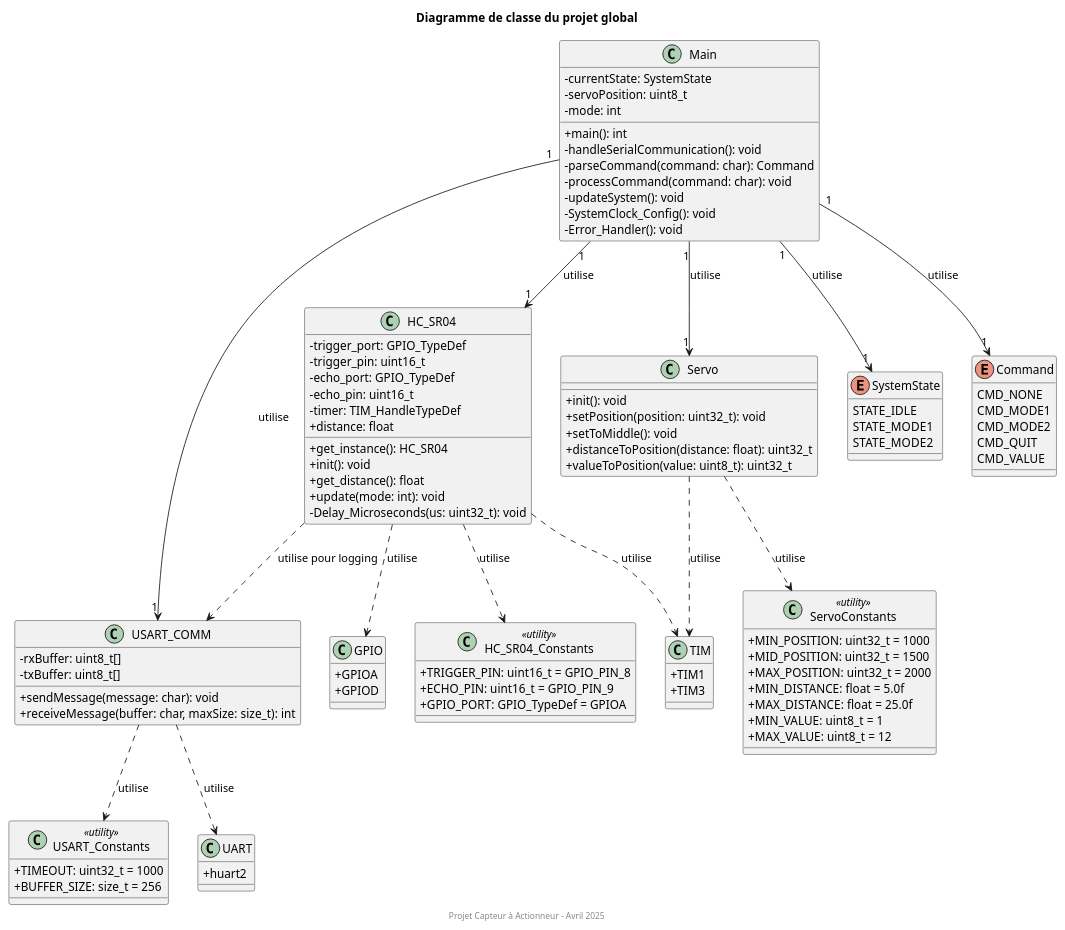
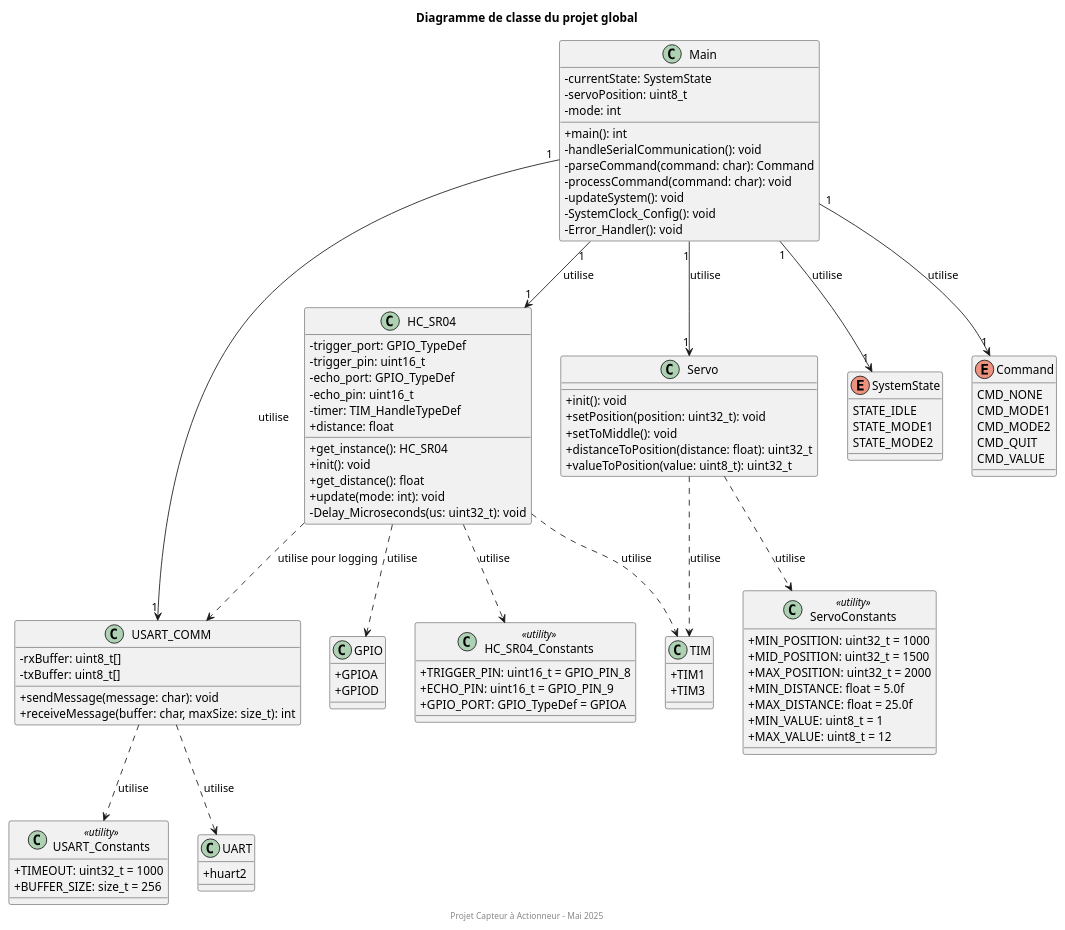
One commit to AzTaiiyoo/Capteur_actionneur changed the diagram in doc-README/DC.puml. Above: the diagram before and after it, drawn with PlantUML. The commit also changed 16 other files, not shown here.

```diff
--- a/doc-README/DC.puml
+++ b/doc-README/DC.puml
@@ -1,121 +1,121 @@
 @startuml
 ' Style du diagramme
 skinparam classAttributeIconSize 0
-
+skinparam packageStyle rectangle
 
 ' Définition des classes
 class Main {
   - currentState: SystemState
   - servoPosition: uint8_t
   - mode: int
   + main(): int
   - handleSerialCommunication(): void
   - parseCommand(command: char): Command
   - processCommand(command: char): void
   - updateSystem(): void
   - SystemClock_Config(): void
   - Error_Handler(): void
 }
 
 class HC_SR04 {
   - trigger_port: GPIO_TypeDef
   - trigger_pin: uint16_t
   - echo_port: GPIO_TypeDef
   - echo_pin: uint16_t
   - timer: TIM_HandleTypeDef
   + distance: float
   + get_instance(): HC_SR04
   + init(): void
   + get_distance(): float
   + update(mode: int): void
   - Delay_Microseconds(us: uint32_t): void
 }
 
 class HC_SR04_Constants <<utility>> {
   +  TRIGGER_PIN: uint16_t = GPIO_PIN_8
   +  ECHO_PIN: uint16_t = GPIO_PIN_9
   +  GPIO_PORT: GPIO_TypeDef = GPIOA
 }
 
 class Servo {
   + init(): void
   + setPosition(position: uint32_t): void
   + setToMiddle(): void
   + distanceToPosition(distance: float): uint32_t
   + valueToPosition(value: uint8_t): uint32_t
 }
 
 class ServoConstants <<utility>> {
   +  MIN_POSITION: uint32_t = 1000
   +  MID_POSITION: uint32_t = 1500
   +  MAX_POSITION: uint32_t = 2000
   +  MIN_DISTANCE: float = 5.0f
   +  MAX_DISTANCE: float = 25.0f
   +  MIN_VALUE: uint8_t = 1
   +  MAX_VALUE: uint8_t = 12
 }
 
 class USART_COMM {
   - rxBuffer: uint8_t[]
   - txBuffer: uint8_t[]
   + sendMessage(message: char): void
   + receiveMessage(buffer: char, maxSize: size_t): int
 }
 
 class USART_Constants <<utility>> {
   +  TIMEOUT: uint32_t = 1000
   +  BUFFER_SIZE: size_t = 256
 }
 
 ' Énumérations
 enum SystemState {
   STATE_IDLE
   STATE_MODE1
   STATE_MODE2
 }
 
 enum Command {
   CMD_NONE
   CMD_MODE1
   CMD_MODE2
   CMD_QUIT
   CMD_VALUE
 }
 
 ' Hardware interfaces
 class TIM {
   + TIM1
   + TIM3
 }
 
 class GPIO {
   + GPIOA
   + GPIOD
 }
 
 class UART {
   +  huart2
 }
 
 ' Relations
 Main "1" --> "1" SystemState : utilise
 Main "1" --> "1" Command : utilise
 Main "1" --> "1" HC_SR04 : utilise
 Main "1" --> "1" Servo : utilise
 Main "1" --> "1" USART_COMM : utilise
 
 HC_SR04 ..> HC_SR04_Constants : utilise
 HC_SR04 ..> TIM : utilise
 HC_SR04 ..> GPIO : utilise
 HC_SR04 ..> USART_COMM : utilise pour logging
 
 Servo ..> ServoConstants : utilise
 Servo ..> TIM : utilise
 
 USART_COMM ..> USART_Constants : utilise
 USART_COMM ..> UART : utilise
 
 title Diagramme de classe du projet global
-footer Projet Capteur à Actionneur – Avril 2025
+footer Projet Capteur à Actionneur – Mai 2025
 
 @enduml
```
